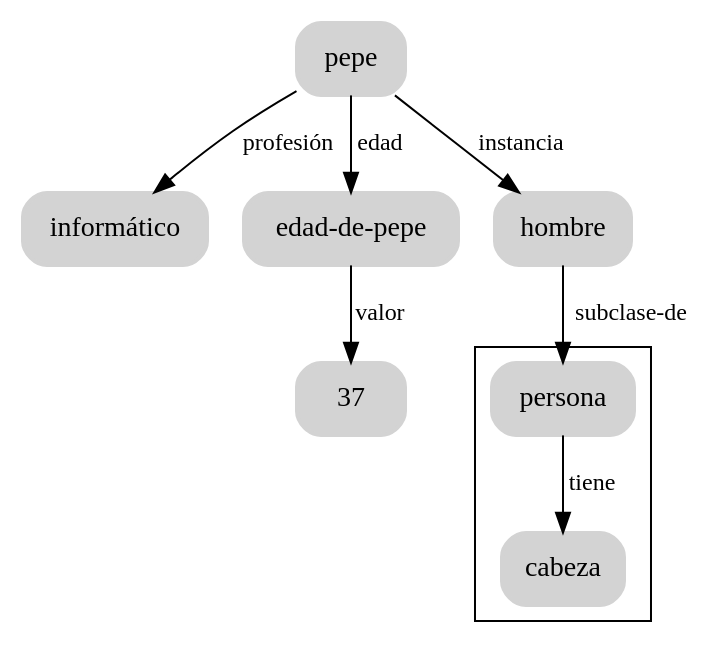
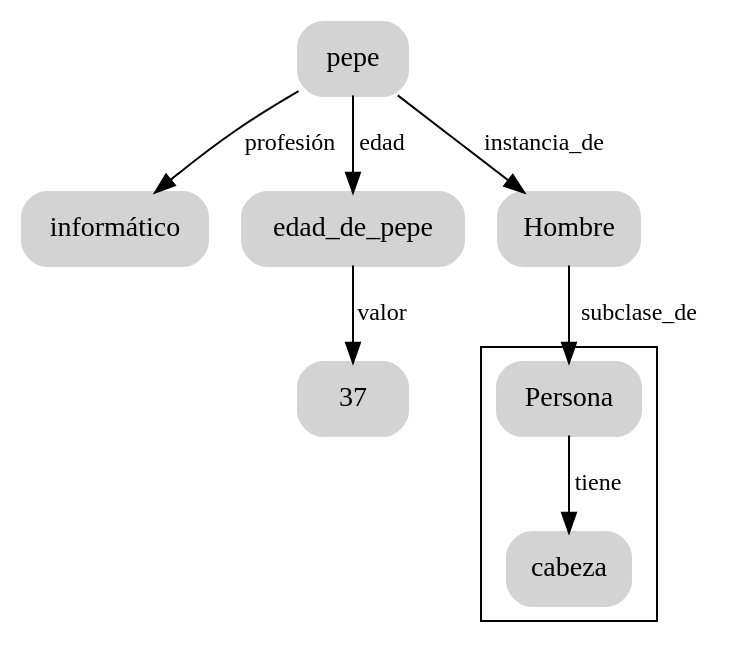
The diagram in dot/graph5.dot (masterdatascienceifca/semantic-networks), drawn with Graphviz before and after one commit. The commit also changed 24 other files, not shown here.

```diff
--- a/dot/graph5.dot
+++ b/dot/graph5.dot
@@ -1,19 +1,20 @@
 digraph ejemplo {
-node  [style="rounded,filled,bold", shape=box, fontname="Nimbus", color="lightgray"];
-edge  [fontname="Nimbus" weight=2, fontsize=12]
-A -> B [ label = "profesión" ];
-A -> C [ label = "edad"];
-C -> D [ label = "valor"];
-A -> E [ label = "instancia"];
-E -> F [ label = "subclase-de"];
-subgraph cluster_1 {
-F -> G [ label = "tiene"];
+    node  [style="rounded,filled,bold", shape=box, fontname="Nimbus", color="lightgray"];
+    edge  [fontname="Nimbus" weight=2, fontsize=12]
+    
+    A -> B [ label = "profesión" ];
+    A -> C [ label = "edad"];
+    C -> D [ label = "valor"];
+    A -> E [ label = "instancia_de"];
+    E -> F [ label = "subclase_de"];
+    subgraph cluster_1 {
+        F -> G [ label = "tiene"];
+    }
+    A [label="pepe"];
+    B [label="informático"];
+    C [label="edad_de_pepe"];
+    D [label="37"];
+    E [label="Hombre"];
+    F [label="Persona"];
+    G [label="cabeza"];
 }
-A [label="pepe"];
-B [label="informático"];
-C [label="edad-de-pepe"];
-D [label="37"];
-E [label="hombre"];
-F [label="persona"];
-G [label="cabeza"];
-}
```
